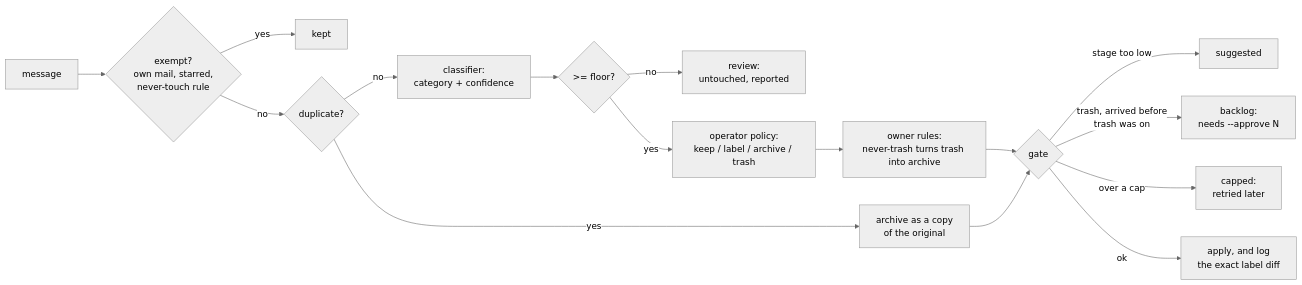
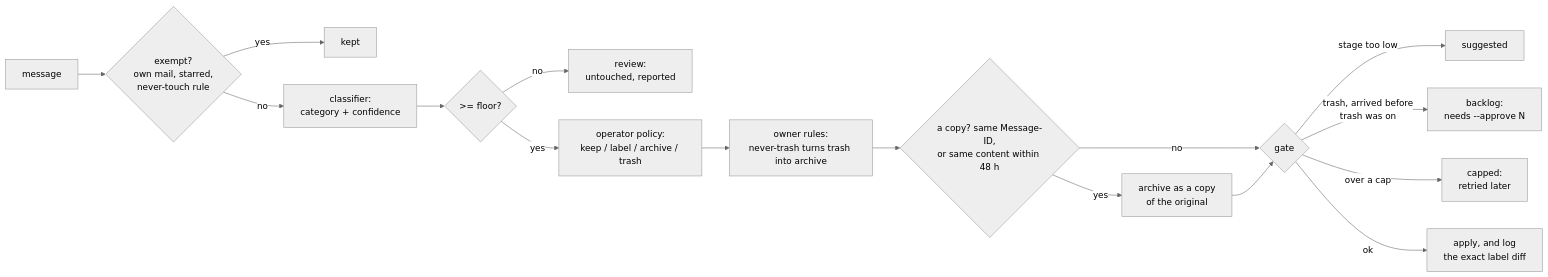
The second of 2 diagrams in README.md (ashartanveercs-del/inbox-janitor), drawn with Mermaid (neutral theme) before and after one commit. The commit also changed other lines of this file and 6 other files, not shown here.

````diff
--- a/README.md
+++ b/README.md
@@ -69,18 +69,18 @@
 ```mermaid
 flowchart LR
     M[message] --> EX{"exempt?<br/>own mail, starred,<br/>never-touch rule"}
     EX -- yes --> KEEP[kept]
-    EX -- no --> DUP{duplicate?}
-    DUP -- yes --> COPY["archive as a copy<br/>of the original"]
-    DUP -- no --> CLS["classifier:<br/>category + confidence"]
+    EX -- no --> CLS["classifier:<br/>category + confidence"]
     CLS --> FLOOR{">= floor?"}
     FLOOR -- no --> REVIEW["review:<br/>untouched, reported"]
     FLOOR -- yes --> POLICY["operator policy:<br/>keep / label / archive / trash"]
     POLICY --> RULES["owner rules:<br/>never-trash turns trash into archive"]
-    RULES --> GATE{gate}
+    RULES --> DUP{"a copy? same Message-ID,<br/>or same content within 48 h"}
+    DUP -- yes --> COPY["archive as a copy<br/>of the original"]
+    DUP -- no --> GATE{gate}
     COPY --> GATE
     GATE -- "stage too low" --> SUG[suggested]
     GATE -- "trash, arrived before<br/>trash was on" --> BACK["backlog:<br/>needs --approve N"]
     GATE -- "over a cap" --> CAP["capped:<br/>retried later"]
     GATE -- ok --> APPLY["apply, and log<br/>the exact label diff"]
 ```
````
